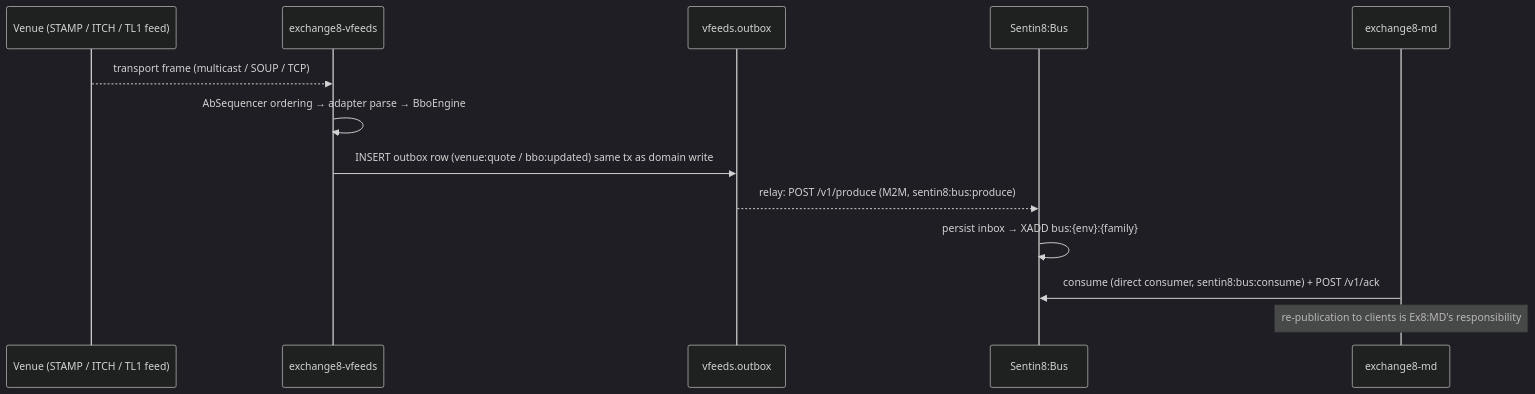
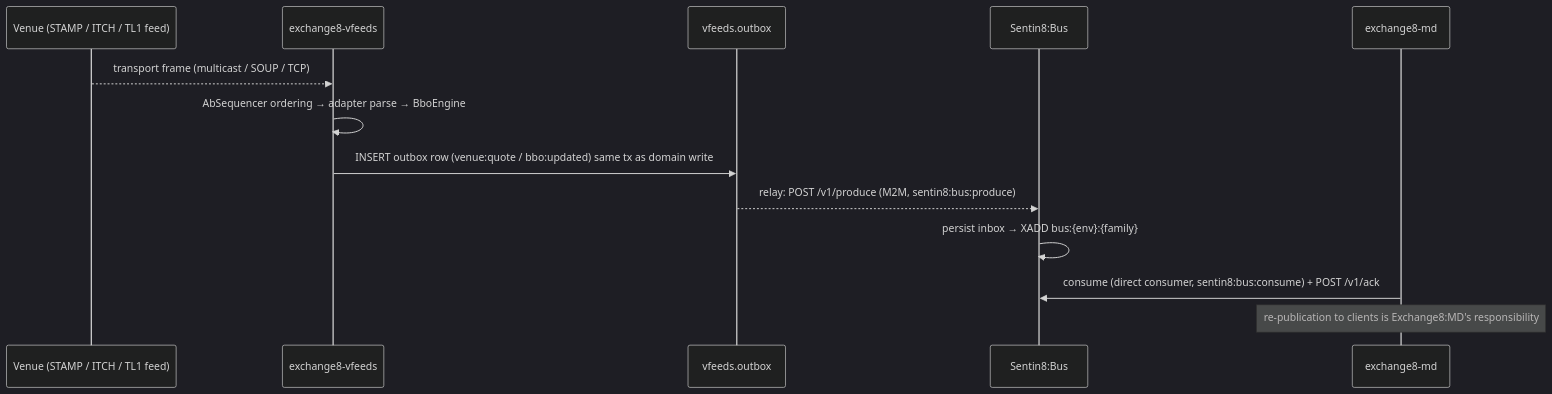
One commit to Exchange8-dev/exchange8-vfeeds changed the eighth of 13 diagrams in DESIGN.md. Above: the diagram before and after it, drawn with Mermaid (dark theme). The commit also changed other lines of this file and 9 other files, not shown here.

````diff
--- a/DESIGN.md
+++ b/DESIGN.md
@@ -395,16 +395,16 @@
 ```mermaid
 sequenceDiagram
     participant V as Venue (STAMP / ITCH / TL1 feed)
     participant VF as exchange8-vfeeds
     participant OB as vfeeds.outbox
     participant BUS as Sentin8:Bus
     participant MD as exchange8-md
 
     V-->>VF: transport frame (multicast / SOUP / TCP)
     VF->>VF: AbSequencer ordering → adapter parse → BboEngine
     VF->>OB: INSERT outbox row (venue:quote / bbo:updated) same tx as domain write
     OB-->>BUS: relay: POST /v1/produce (M2M, sentin8:bus:produce)
     BUS->>BUS: persist inbox → XADD bus:{env}:{family}
     MD->>BUS: consume (direct consumer, sentin8:bus:consume) + POST /v1/ack
-    Note over MD: re-publication to clients is Ex8:MD's responsibility
+    Note over MD: re-publication to clients is Exchange8:MD's responsibility
 ```
````
